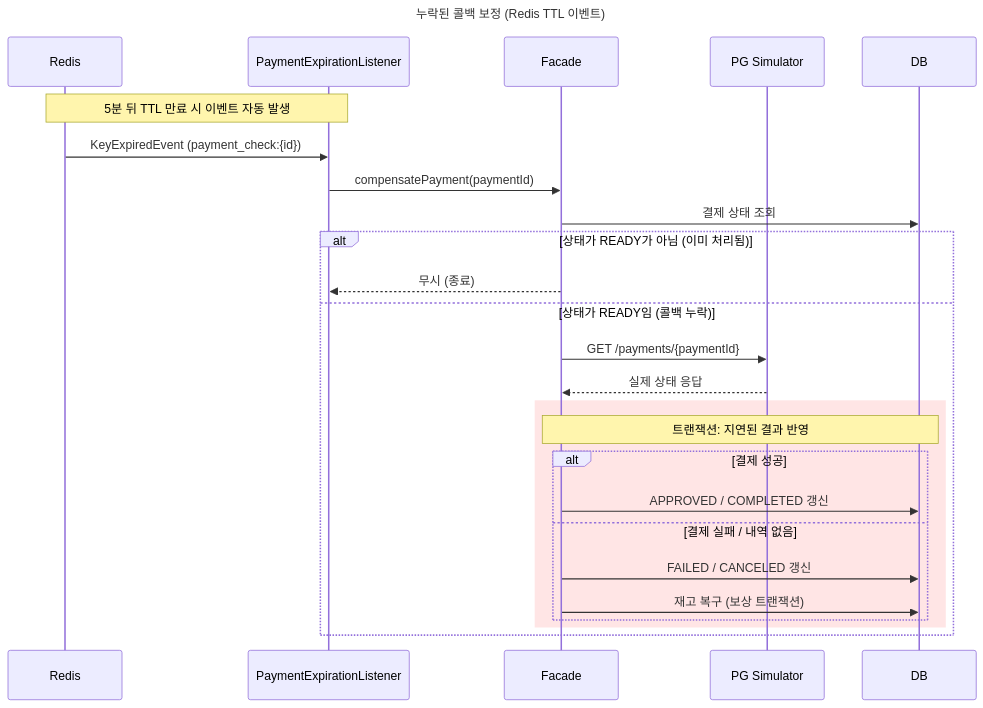
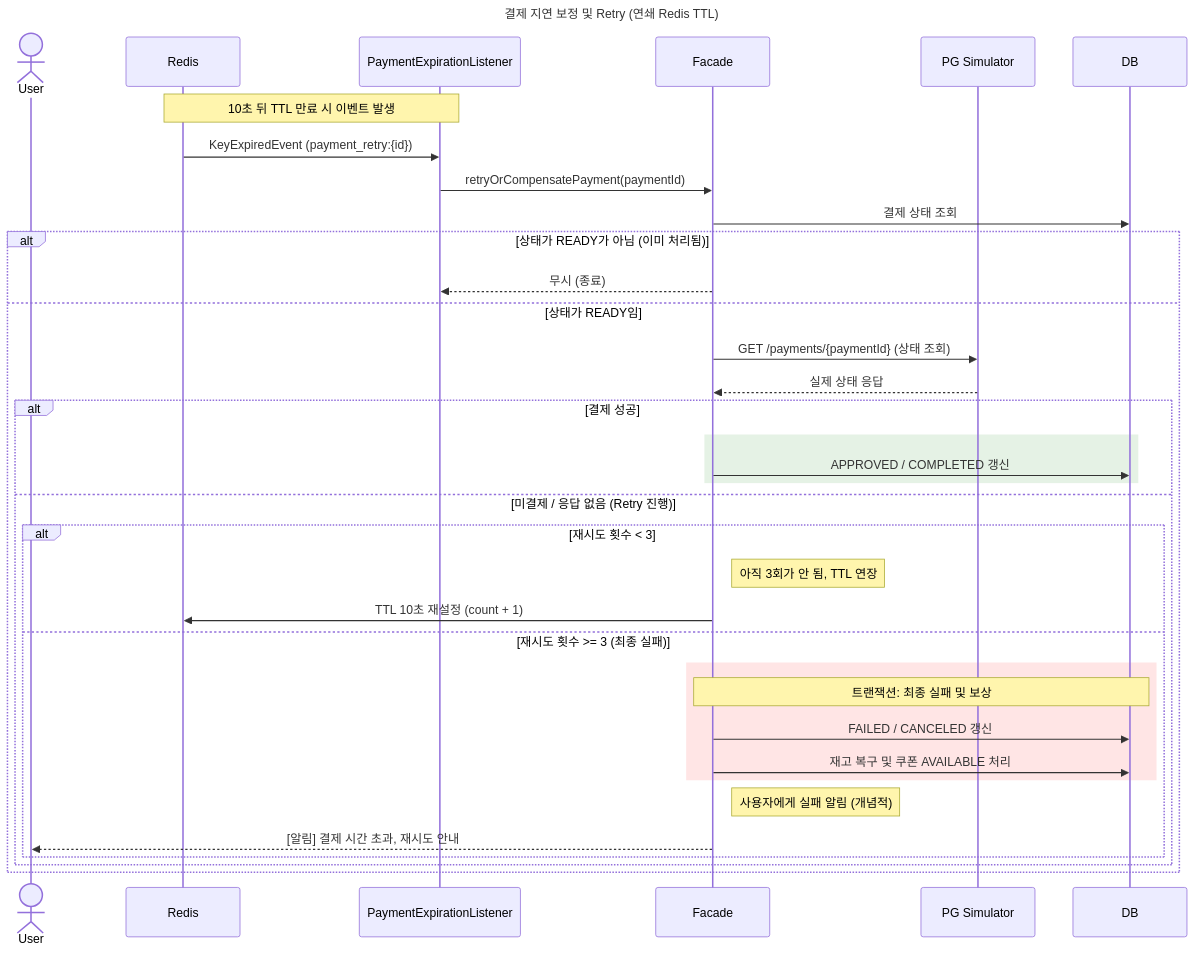
Before and after one commit to loopers-labs/loop-pack-be-l2-vol4-java: the third of 7 diagrams in docs/week2/02-sequence-diagrams.md, drawn with Mermaid. The commit also changed other lines of this file and 2 other files, not shown here.

Commit message:
docs: 비동기 결제 콜백 재시도 및 실패 정책 관련 설계 문서 반영

````diff
--- a/docs/week2/02-sequence-diagrams.md
+++ b/docs/week2/02-sequence-diagrams.md
@@ -70,31 +70,41 @@
 ```mermaid
 sequenceDiagram
-    title 누락된 콜백 보정 (Redis TTL 이벤트)
+    title 결제 지연 보정 및 Retry (연쇄 Redis TTL)
+    actor User
     participant Redis
     participant Listener as PaymentExpirationListener
     participant Facade as Facade
     participant PG as PG Simulator
     participant DB
 
-    Note over Redis, Listener: 5분 뒤 TTL 만료 시 이벤트 자동 발생
-    Redis->>Listener: KeyExpiredEvent (payment_check:{id})
-    Listener->>Facade: compensatePayment(paymentId)
+    Note over Redis, Listener: 10초 뒤 TTL 만료 시 이벤트 발생
+    Redis->>Listener: KeyExpiredEvent (payment_retry:{id})
+    Listener->>Facade: retryOrCompensatePayment(paymentId)
 
     Facade->>DB: 결제 상태 조회
     alt 상태가 READY가 아님 (이미 처리됨)
         Facade-->>Listener: 무시 (종료)
-    else 상태가 READY임 (콜백 누락)
-        Facade->>PG: GET /payments/{paymentId}
+    else 상태가 READY임
+        Facade->>PG: GET /payments/{paymentId} (상태 조회)
         PG-->>Facade: 실제 상태 응답
         
-        rect rgba(255, 0, 0, 0.1)
-            Note over Facade, DB: 트랜잭션: 지연된 결과 반영
-            alt 결제 성공
+        alt 결제 성공
+            rect rgba(0, 128, 0, 0.1)
                 Facade->>DB: APPROVED / COMPLETED 갱신
-            else 결제 실패 / 내역 없음
-                Facade->>DB: FAILED / CANCELED 갱신
-                Facade->>DB: 재고 복구 (보상 트랜잭션)
+            end
+        else 미결제 / 응답 없음 (Retry 진행)
+            alt 재시도 횟수 < 3
+                Note right of Facade: 아직 3회가 안 됨, TTL 연장
+                Facade->>Redis: TTL 10초 재설정 (count + 1)
+            else 재시도 횟수 >= 3 (최종 실패)
+                rect rgba(255, 0, 0, 0.1)
+                    Note over Facade, DB: 트랜잭션: 최종 실패 및 보상
+                    Facade->>DB: FAILED / CANCELED 갱신
+                    Facade->>DB: 재고 복구 및 쿠폰 AVAILABLE 처리
+                end
+                Note right of Facade: 사용자에게 실패 알림 (개념적)
+                Facade-->>User: [알림] 결제 시간 초과, 재시도 안내
             end
         end
     end
 ```
````
